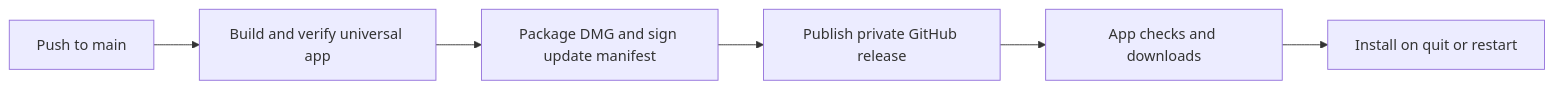
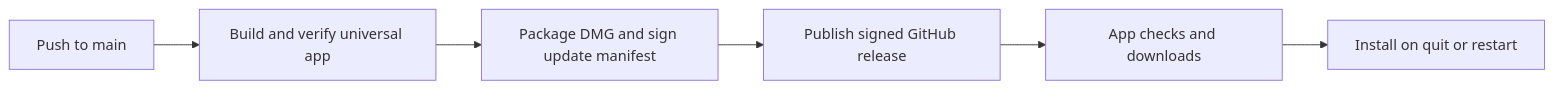
One commit to deanayoung3-droid/clasp-studio changed the diagram in README.md. Above: the diagram before and after it, drawn with Mermaid. The commit also changed other lines of this file and 12 other files, not shown here.

````diff
--- a/README.md
+++ b/README.md
@@ -145,8 +147,8 @@
 ```mermaid
 flowchart LR
   A[Push to main] --> B[Build and verify universal app]
   B --> C[Package DMG and sign update manifest]
-  C --> D[Publish private GitHub release]
+  C --> D[Publish signed GitHub release]
   D --> E[App checks and downloads]
   E --> F[Install on quit or restart]
 ```
````
